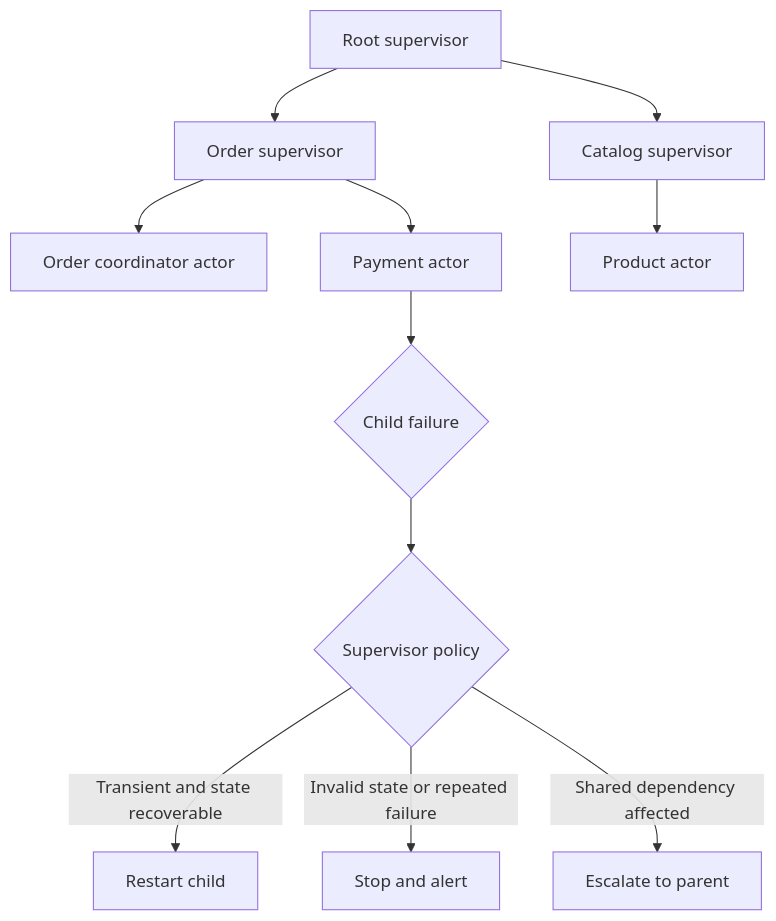
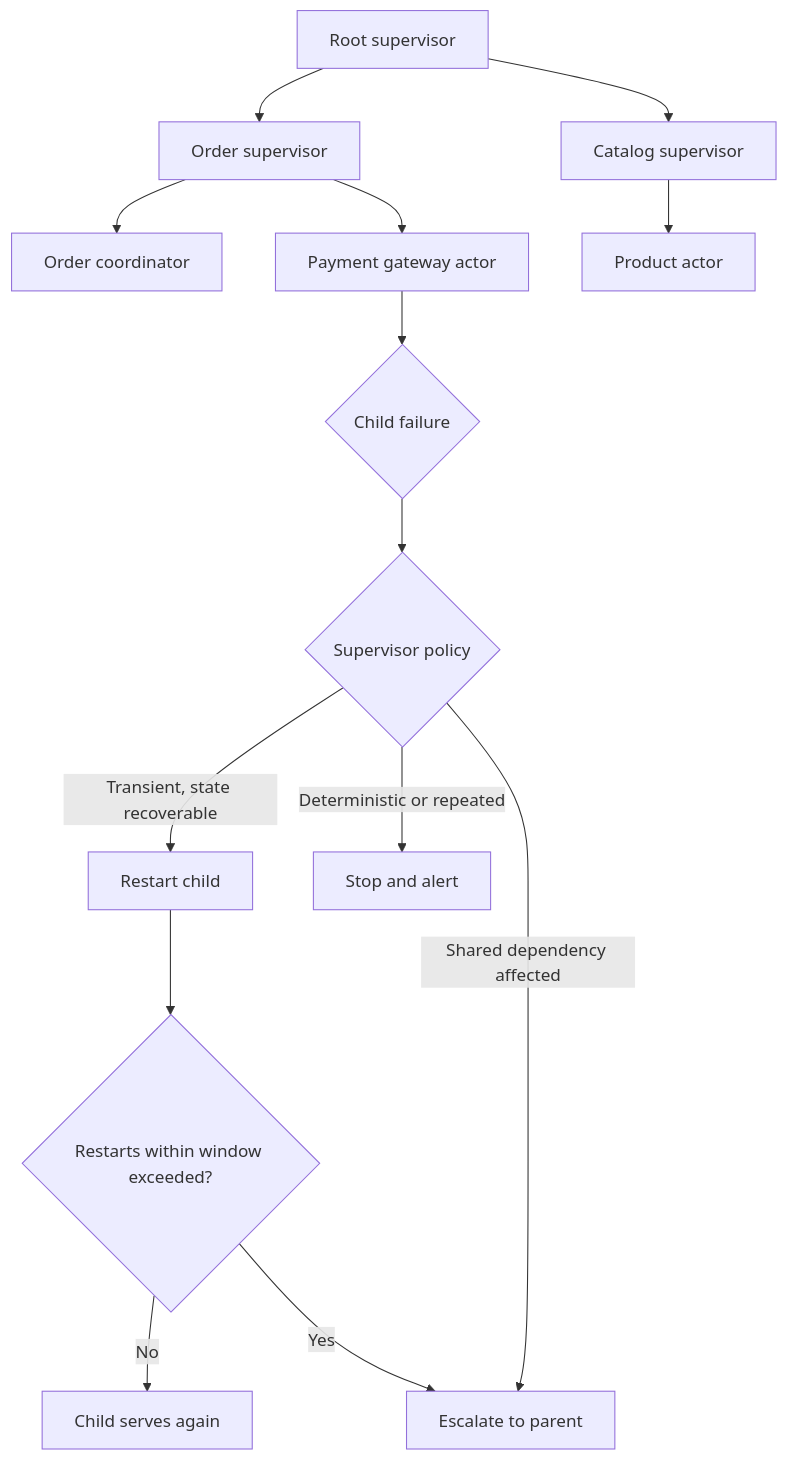
The third of 13 diagrams in 20_Architecture_Patterns/CH12_Actor_Model.md (joydasss/Architect), drawn with Mermaid before and after one commit. The commit also changed other lines of this file and 295 other files, not shown here.

````diff
--- a/20_Architecture_Patterns/CH12_Actor_Model.md
+++ b/20_Architecture_Patterns/CH12_Actor_Model.md
@@ -46,13 +262,16 @@
 ```mermaid
 flowchart TD
-    Root[Root supervisor] --> Orders[Order supervisor]
-    Root --> Catalog[Catalog supervisor]
-    Orders --> Coordinator[Order coordinator actor]
-    Orders --> Payment[Payment actor]
-    Catalog --> Product[Product actor]
-    Payment --> Failure{Child failure}
-    Failure --> Strategy{Supervisor policy}
-    Strategy -->|Transient and state recoverable| Restart[Restart child]
-    Strategy -->|Invalid state or repeated failure| Stop[Stop and alert]
-    Strategy -->|Shared dependency affected| Escalate[Escalate to parent]
+    Root["Root supervisor"] --> Orders["Order supervisor"]
+    Root --> Catalog["Catalog supervisor"]
+    Orders --> Coordinator["Order coordinator"]
+    Orders --> Payment["Payment gateway actor"]
+    Catalog --> Product["Product actor"]
+    Payment --> Failure{"Child failure"}
+    Failure --> Policy{"Supervisor policy"}
+    Policy -->|"Transient, state recoverable"| Restart["Restart child"]
+    Policy -->|"Deterministic or repeated"| Stop["Stop and alert"]
+    Policy -->|"Shared dependency affected"| Escalate["Escalate to parent"]
+    Restart --> Limit{"Restarts within window exceeded?"}
+    Limit -->|"No"| Resume["Child serves again"]
+    Limit -->|"Yes"| Escalate
 ```
````
